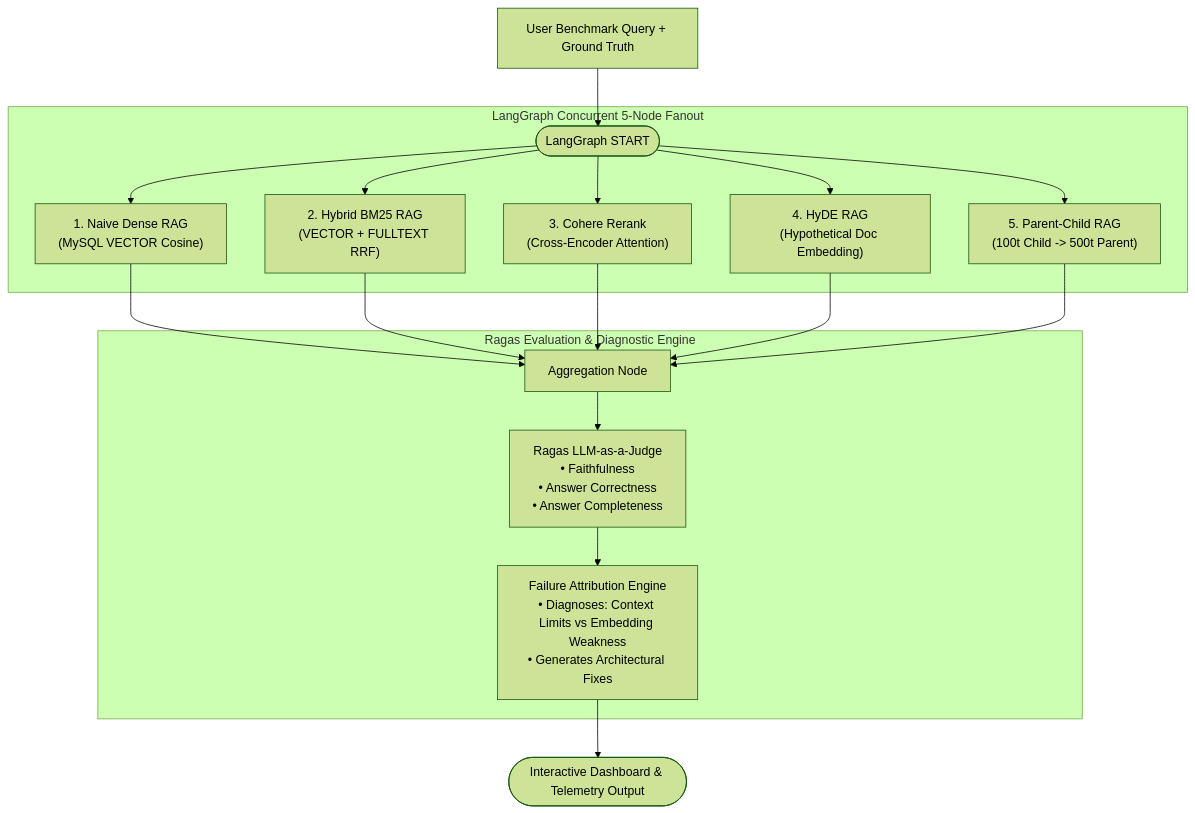
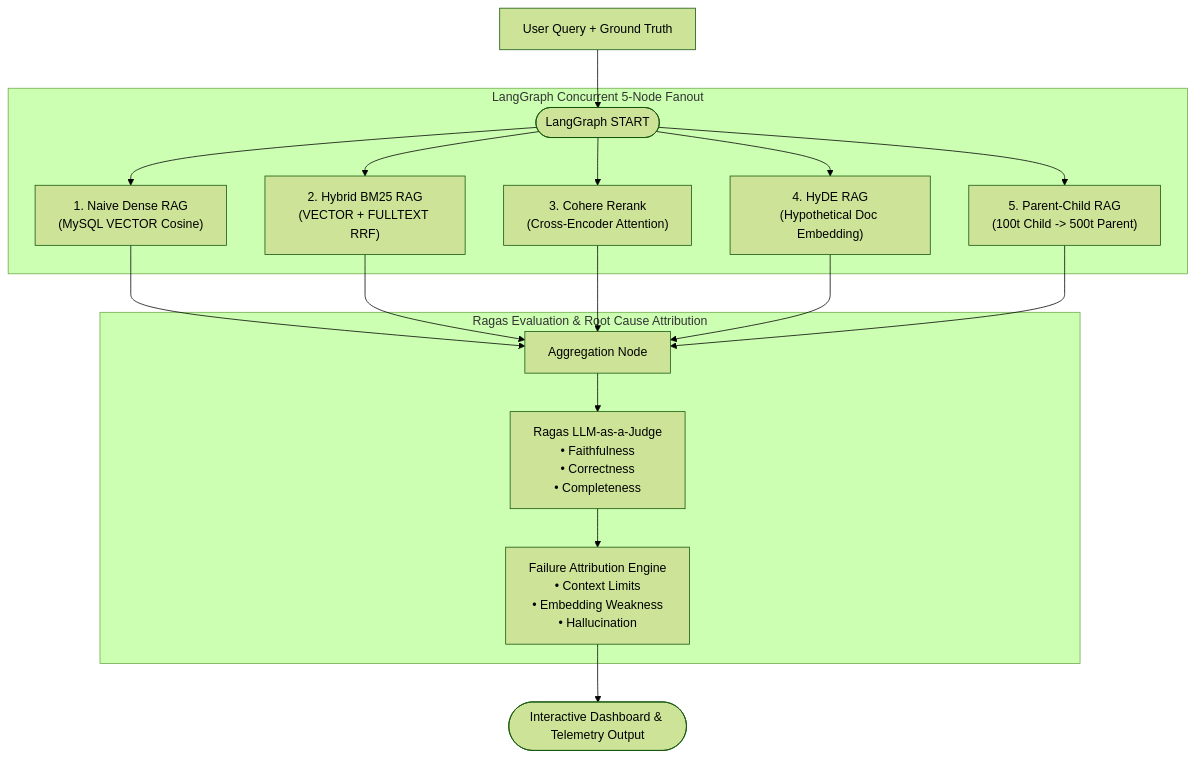
The diagram in README.md (Japnitsingh123/RAGLens), drawn with Mermaid (forest theme) before and after one commit. The commit also changed other lines of this file, not shown here.

Commit message:
docs: make README simple, clean, and interactive with collapsible architecture deep dives

````diff
--- a/README.md
+++ b/README.md
@@ -17,25 +32,25 @@
 ```mermaid
 flowchart TD
-    Q["User Benchmark Query + Ground Truth"] --> START(["LangGraph START"])
+    Q["User Query + Ground Truth"] --> START(["LangGraph START"])
     
-    subgraph ParallelExecution ["LangGraph Concurrent 5-Node Fanout"]
+    subgraph ParallelFanout ["LangGraph Concurrent 5-Node Fanout"]
         START --> N1["1. Naive Dense RAG\n(MySQL VECTOR Cosine)"]
         START --> N2["2. Hybrid BM25 RAG\n(VECTOR + FULLTEXT RRF)"]
         START --> N3["3. Cohere Rerank\n(Cross-Encoder Attention)"]
         START --> N4["4. HyDE RAG\n(Hypothetical Doc Embedding)"]
         START --> N5["5. Parent-Child RAG\n(100t Child -> 500t Parent)"]
     end
 
     N1 --> AGG["Aggregation Node"]
     N2 --> AGG
     N3 --> AGG
     N4 --> AGG
     N5 --> AGG
 
-    subgraph EvaluationAttribution ["Ragas Evaluation & Diagnostic Engine"]
-        AGG --> RAGAS["Ragas LLM-as-a-Judge\n• Faithfulness\n• Answer Correctness\n• Answer Completeness"]
-        RAGAS --> ATTR["Failure Attribution Engine\n• Diagnoses: Context Limits vs Embedding Weakness\n• Generates Architectural Fixes"]
+    subgraph EvaluationAttribution ["Ragas Evaluation & Root Cause Attribution"]
+        AGG --> RAGAS["Ragas LLM-as-a-Judge\n• Faithfulness\n• Correctness\n• Completeness"]
+        RAGAS --> DIAG["Failure Attribution Engine\n• Context Limits\n• Embedding Weakness\n• Hallucination"]
     end
 
-    ATTR --> END(["Interactive Dashboard & Telemetry Output"])
+    DIAG --> END(["Interactive Dashboard & Telemetry Output"])
 ```
````
